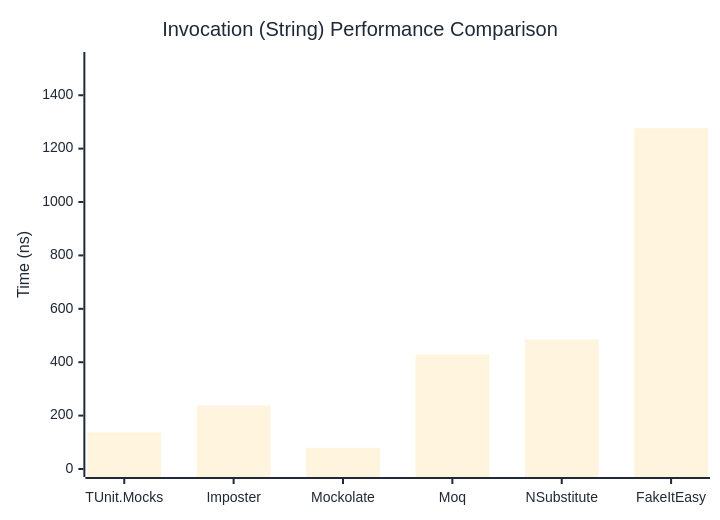
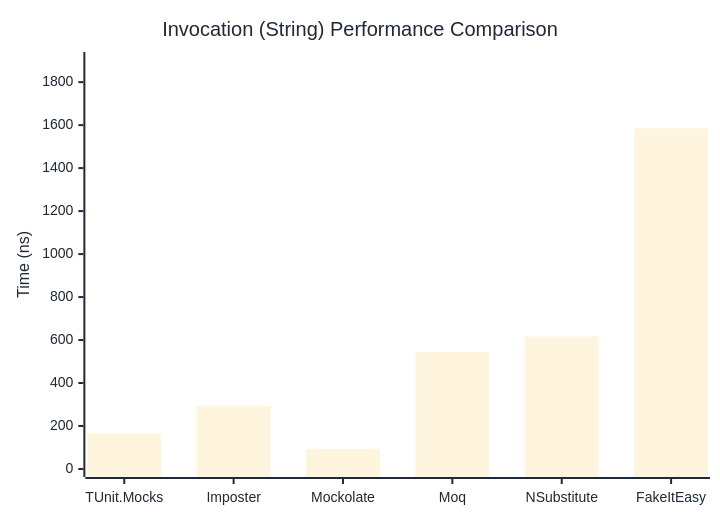
Before and after one commit to thomhurst/TUnit: the second of 3 diagrams in docs/docs/benchmarks/mocks/Invocation.md, drawn with Mermaid. The commit also changed other lines of this file and 14 other files, not shown here.

````diff
--- a/docs/docs/benchmarks/mocks/Invocation.md
+++ b/docs/docs/benchmarks/mocks/Invocation.md
@@ -71,27 +71,27 @@
 ```mermaid
 %%{init: {
   'theme':'base',
   'themeVariables': {
     'primaryColor': '#2563eb',
     'primaryTextColor': '#1f2937',
     'primaryBorderColor': '#1e40af',
     'lineColor': '#6b7280',
     'secondaryColor': '#7c3aed',
     'tertiaryColor': '#dc2626',
     'background': '#ffffff',
     'pie1': '#2563eb',
     'pie2': '#7c3aed',
     'pie3': '#dc2626',
     'pie4': '#f59e0b',
     'pie5': '#10b981',
     'pie6': '#06b6d4',
     'pie7': '#ec4899',
     'pie8': '#6366f1'
   }
 }}%%
 xychart-beta
   title "Invocation (String) Performance Comparison"
   x-axis ["TUnit.Mocks", "Imposter", "Mockolate", "Moq", "NSubstitute", "FakeItEasy"]
-  y-axis "Time (ns)" 0 --> 1532
-  bar [137.29, 237.61, 79.34, 429.11, 484.86, 1276.55]
+  y-axis "Time (ns)" 0 --> 1903
+  bar [165.84, 294.01, 93.4, 544.33, 615.83, 1585.26]
 ```
````
